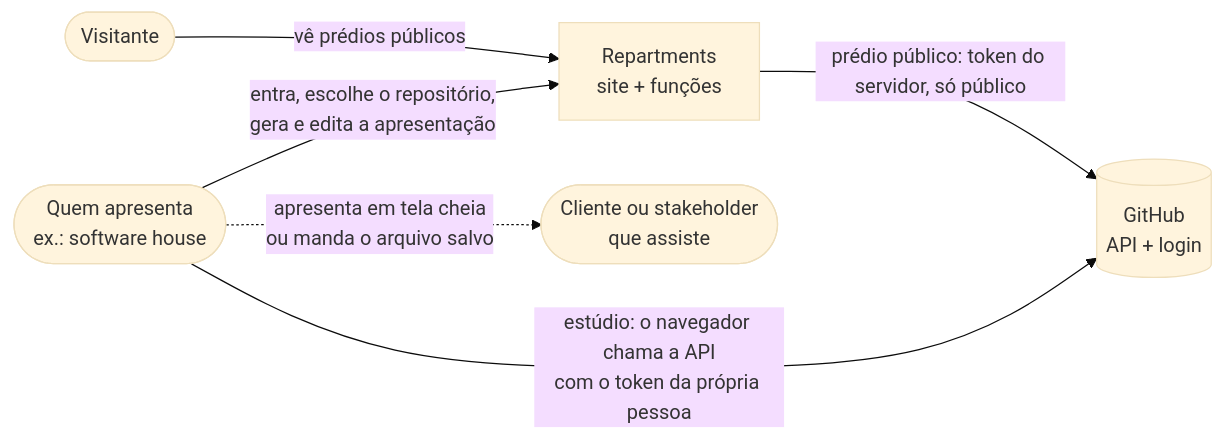
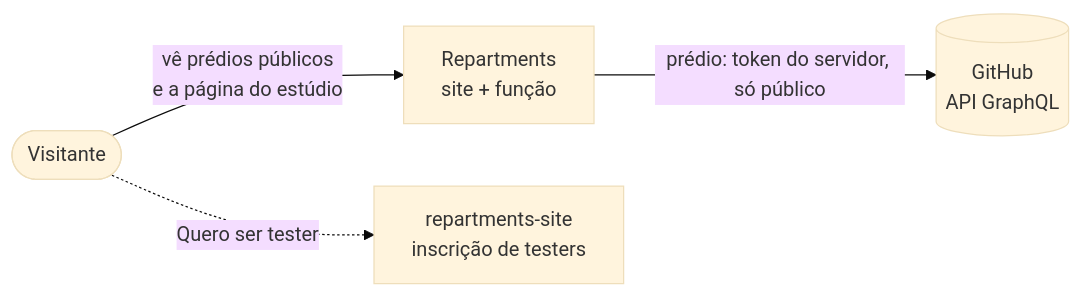
The first of 4 diagrams in docs/arquitetura.md (Yourdevdaniel/repartments), drawn with Mermaid (base theme) before and after one commit. The commit also changed other lines of this file and 3 other files, not shown here.

````diff
--- a/docs/arquitetura.md
+++ b/docs/arquitetura.md
@@ -36,14 +38,11 @@
 ```mermaid
 flowchart LR
   visitante([Visitante])
-  pessoa([Quem apresenta<br/>ex.: software house])
-  cliente([Cliente ou stakeholder<br/>que assiste])
-  rp[Repartments<br/>site + funções]
-  gh[(GitHub<br/>API + login)]
+  rp[Repartments<br/>site + função]
+  gh[(GitHub<br/>API GraphQL)]
+  site[repartments-site<br/>inscrição de testers]
 
-  visitante -- "vê prédios públicos" --> rp
-  pessoa -- "entra, escolhe o repositório,<br/>gera e edita a apresentação" --> rp
-  pessoa -. "apresenta em tela cheia<br/>ou manda o arquivo salvo" .-> cliente
-  rp -- "prédio público: token do servidor, só público" --> gh
-  pessoa -- "estúdio: o navegador chama a API<br/>com o token da própria pessoa" --> gh
+  visitante -- "vê prédios públicos<br/>e a página do estúdio" --> rp
+  rp -- "prédio: token do servidor, só público" --> gh
+  visitante -. "Quero ser tester" .-> site
 ```
````
